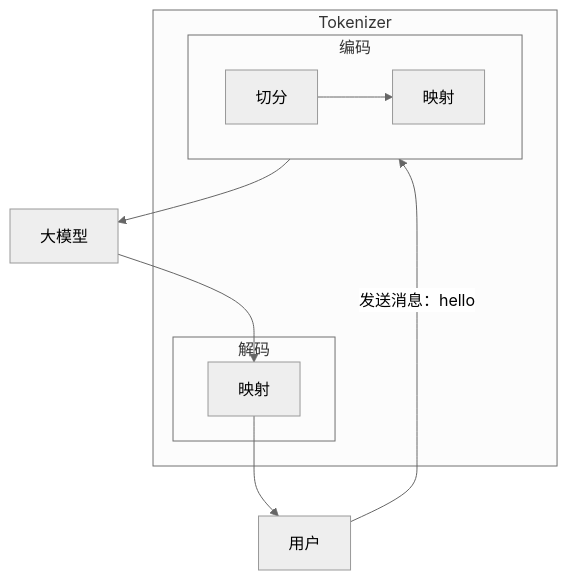
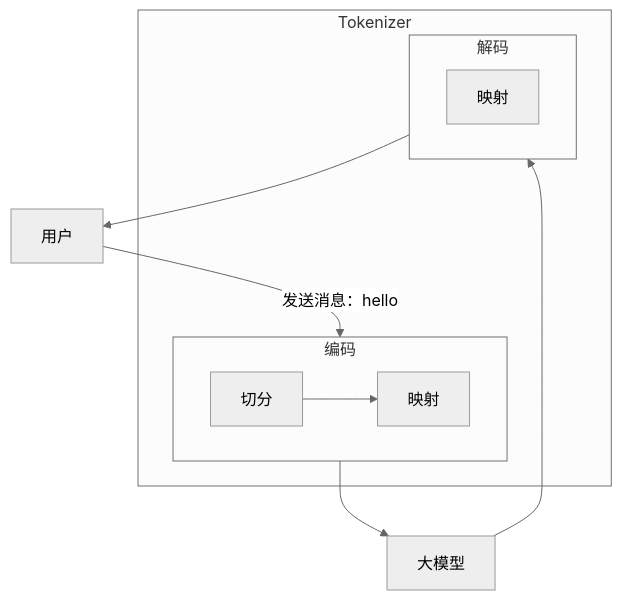
One commit to wangxiaoqi0123/iodraw-files changed the diagram in all/未命名.md. Above: the diagram before and after it, drawn with Mermaid (neutral theme).

Commit message:
2026-04-09 16:59:08 update

````diff
--- a/all/未命名.md
+++ b/all/未命名.md
@@ -1,28 +1,28 @@
 ```mermaid
 flowchart 
     U[用户]
     M[大模型]
 
     %% 外层包裹：文本处理阶段
     subgraph Pipeline[Tokenizer]
         
         %% 编码模块
         subgraph Encoder[编码]
             E1[切分]
             E2[映射]
         end
 
         %% 解码模块
         subgraph Decoder[解码]
             D1[映射]
         end
 
     end
 
     %% 流程连接
     U -- 发送消息：hello --> Encoder
     E1 --> E2
     Encoder --> M
-    M --> D1
-    D1 --> U
+    M --> Decoder
+    Decoder --> U
 ```
````
